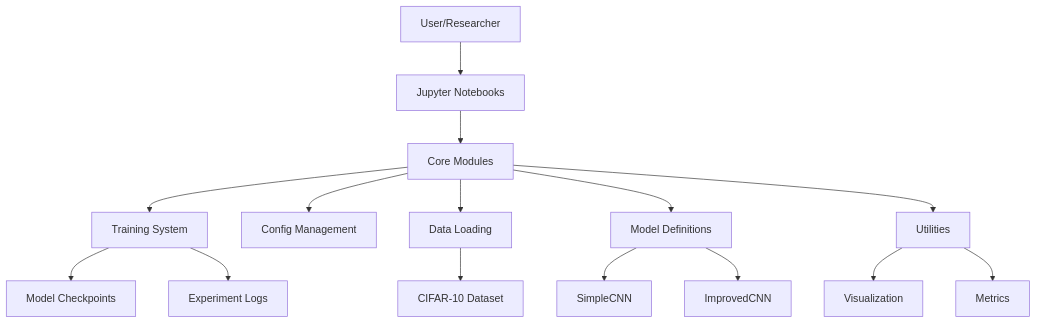
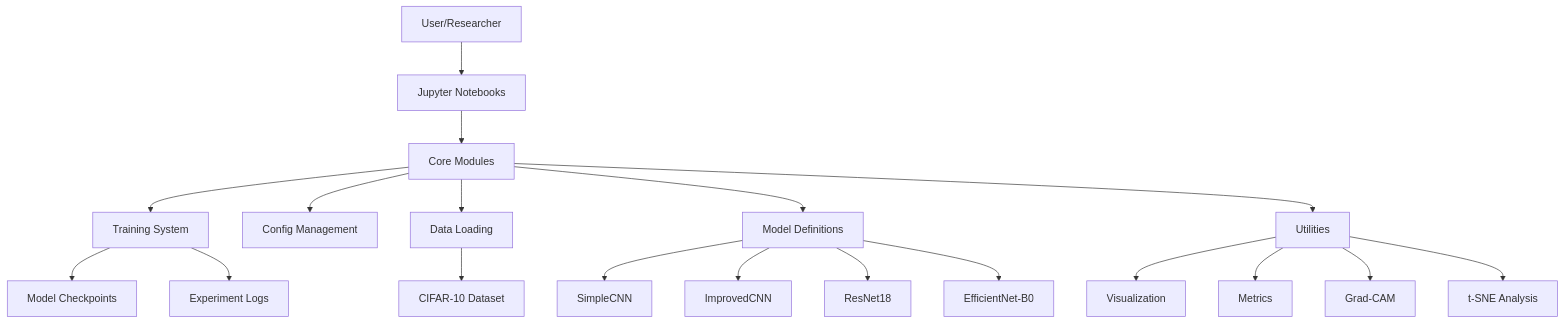
Before and after one commit to ruskaruma/microvision: the first of 17 diagrams in ARCHITECTURE.md, drawn with Mermaid. The commit also changed other lines of this file and 8 other files, not shown here.

````diff
--- a/ARCHITECTURE.md
+++ b/ARCHITECTURE.md
@@ -10,19 +10,23 @@
 ```mermaid
 graph TB
     A[User/Researcher] --> B[Jupyter Notebooks]
     B --> C[Core Modules]
     C --> D[Training System]
     D --> E[Model Checkpoints]
     D --> F[Experiment Logs]
     
     C --> G[Config Management]
     C --> H[Data Loading]
     C --> I[Model Definitions]
     C --> J[Utilities]
     
     H --> K[CIFAR-10 Dataset]
     I --> L[SimpleCNN]
     I --> M[ImprovedCNN]
-    J --> N[Visualization]
-    J --> O[Metrics]
+    I --> N[ResNet18]
+    I --> O[EfficientNet-B0]
+    J --> U[Visualization]
+    J --> V[Metrics]
+    J --> W[Grad-CAM]
+    J --> X[t-SNE Analysis]
 ```
````
